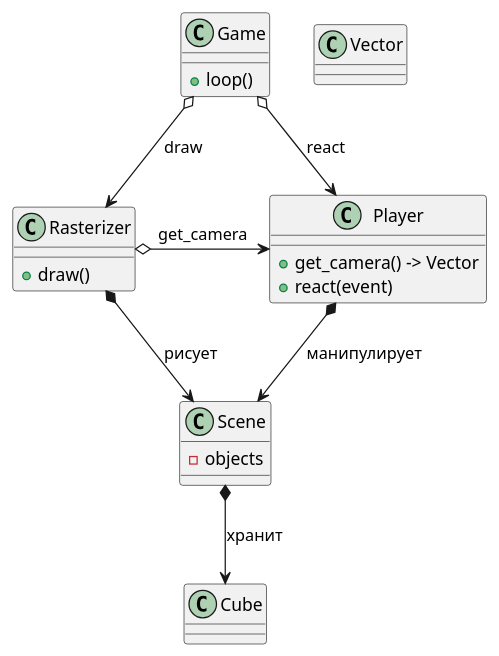
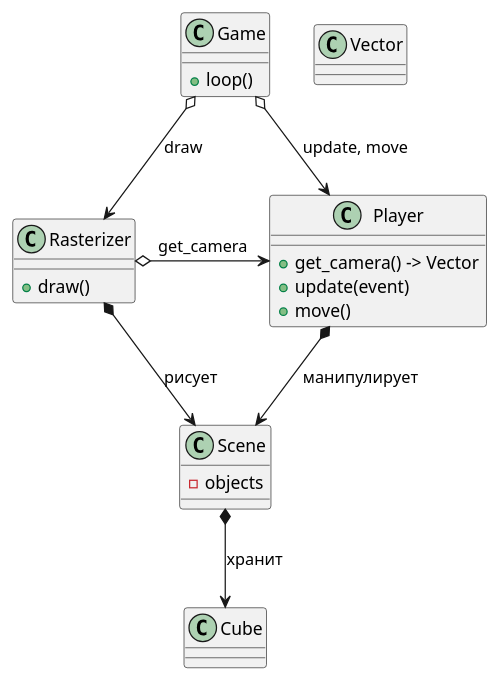
The diagram in diagram.puml (Zuev-534/Vfqyrhfan), drawn with PlantUML before and after one commit. The commit also changed 3 other files, not shown here.

```diff
--- a/diagram.puml
+++ b/diagram.puml
@@ -1,34 +1,35 @@
 @startuml
 'https://plantuml.com/class-diagram
 
 class Rasterizer {
     + draw()
 }
 
 class Game {
     + loop()
 }
 
 class Scene {
     - objects
 }
 
 class Player {
     + get_camera() -> Vector
-    + react(event)
+    + update(event)
+    + move()
 }
 
 class Vector {
 }
 
 class Cube {
 }
 
-Game o--> Player : react
+Game o--> Player : update, move
 Game o--> Rasterizer : draw
 Rasterizer o-> Player : get_camera
 Rasterizer *--> Scene : рисует
 Player *--> Scene : манипулирует
 Scene *--> Cube : хранит
 
 @enduml
```
